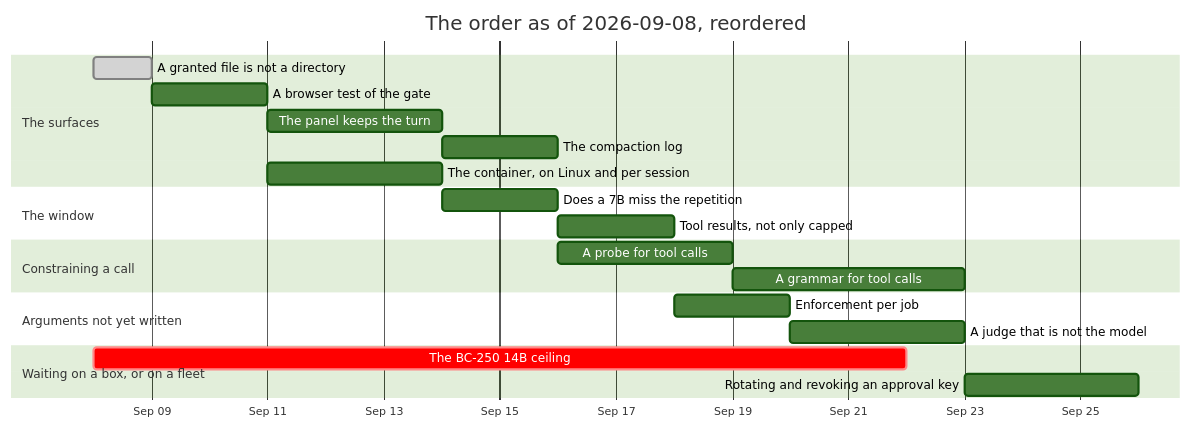
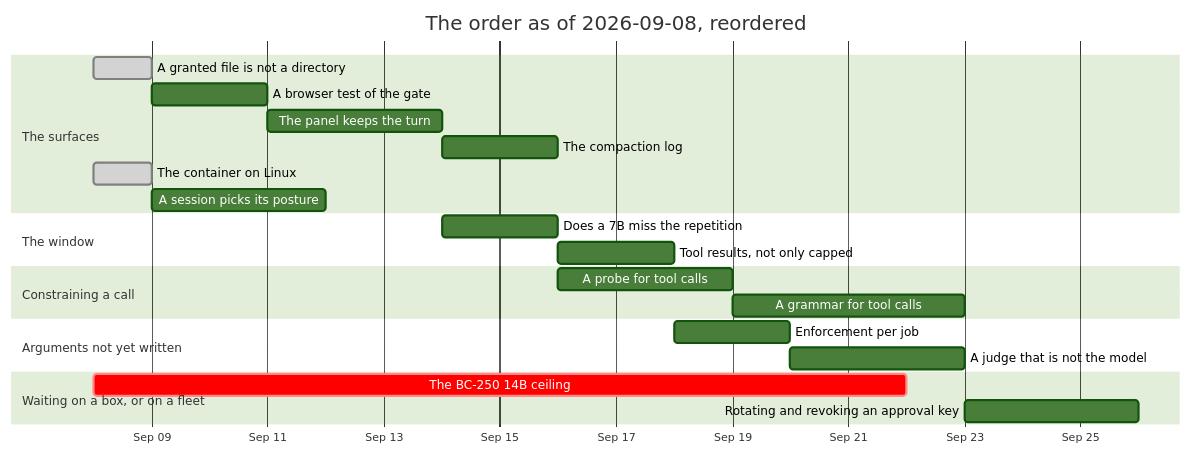
Before and after one commit to jgermade/luu: the diagram in ROADMAP/2026-09-08/README.md, drawn with Mermaid (forest theme). The commit also changed other lines of this file and 2 other files, not shown here.

First line of the commit message:
A session picks its executor: the argument, and what writing it corrected

````diff
--- a/ROADMAP/2026-09-08/README.md
+++ b/ROADMAP/2026-09-08/README.md
@@ -77,24 +77,25 @@
 ```mermaid
 gantt
     title The order as of 2026-09-08, reordered
     dateFormat YYYY-MM-DD
     axisFormat %b %d
     section The surfaces
     A granted file is not a directory      :done, enotdir, 2026-09-08, 1d
     A browser test of the gate             :gate, after enotdir, 2d
     The panel keeps the turn               :panel, after gate, 3d
     The compaction log                     :fold, after panel, 2d
-    The container, on Linux and per session :ctr, after gate, 3d
+    The container on Linux                 :done, ctr, 2026-09-08, 1d
+    A session picks its posture            :posture, after ctr, 3d
     section The window
     Does a 7B miss the repetition          :rep, after panel, 2d
     Tool results, not only capped          :steps, after rep, 2d
     section Constraining a call
     A probe for tool calls                 :probe, after fold, 3d
     A grammar for tool calls               :gbnf, after probe, 4d
     section Arguments not yet written
     Enforcement per job                    :enf, after steps, 2d
     A judge that is not the model          :judge, after enf, 3d
     section Waiting on a box, or on a fleet
     The BC-250 14B ceiling                 :crit, bc250, 2026-09-08, 14d
     Rotating and revoking an approval key  :keys, after judge, 3d
 ```
````
